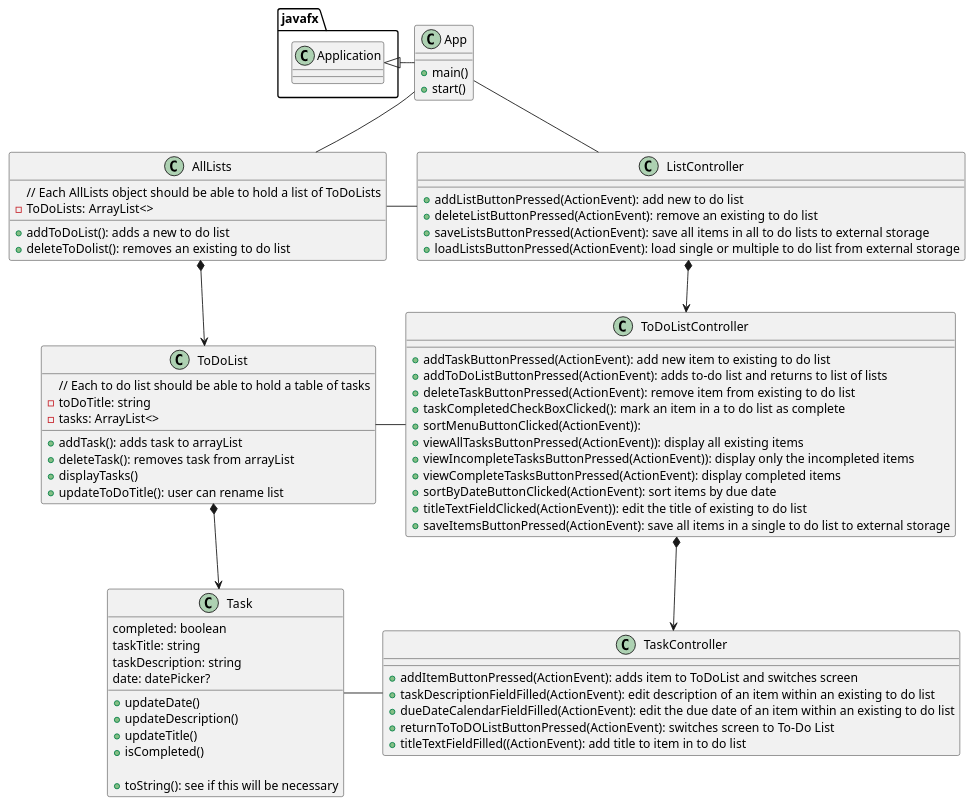
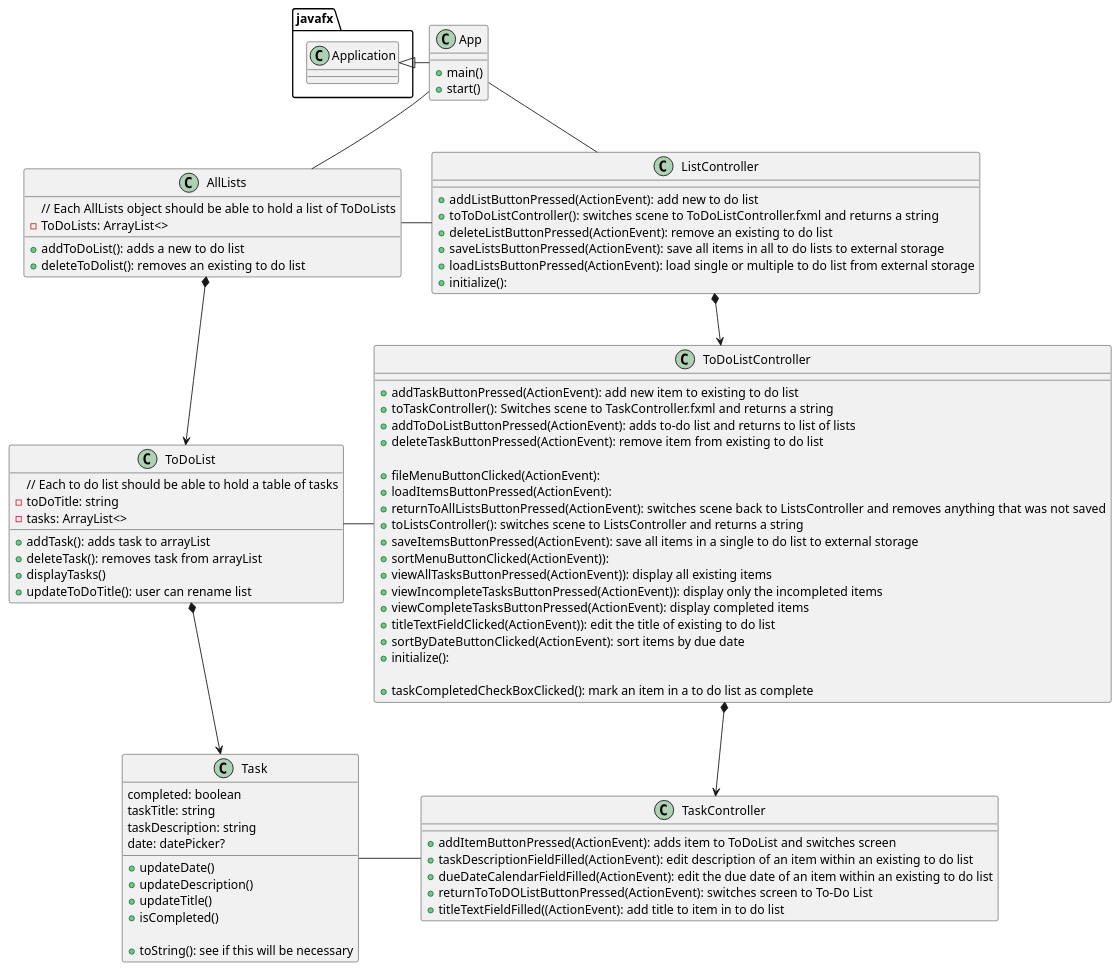
Before and after one commit to savosburn/To-Do-List-with-GUI: the diagram in uml/ToDoList.puml, drawn with PlantUML. The commit also changed 2 other files, not shown here.

Commit message:
ToDoList.puml updated

```diff
--- a/uml/ToDoList.puml
+++ b/uml/ToDoList.puml
@@ -1,86 +1,97 @@
 @startuml
 'https://plantuml.com/sequence-diagram
 
 class App {
     + main()
     + start()
 }
 
 class AllLists {
     // Each AllLists object should be able to hold a list of ToDoLists
     - ToDoLists: ArrayList<>
 
     + addToDoList(): adds a new to do list
     + deleteToDolist(): removes an existing to do list
 }
 
 class ToDoList {
     // Each to do list should be able to hold a table of tasks
     - toDoTitle: string
     - tasks: ArrayList<>
 
     + addTask(): adds task to arrayList
     + deleteTask(): removes task from arrayList
     + displayTasks()
     + updateToDoTitle(): user can rename list
 
 }
 
 class Task {
     completed: boolean
     taskTitle: string
     taskDescription: string
     date: datePicker?
 
     + updateDate()
     + updateDescription()
     + updateTitle()
     + isCompleted()
 
     + toString(): see if this will be necessary
 }
 
 class ListController {
     + addListButtonPressed(ActionEvent): add new to do list
+    + toToDoListController(): switches scene to ToDoListController.fxml and returns a string
     + deleteListButtonPressed(ActionEvent): remove an existing to do list
     + saveListsButtonPressed(ActionEvent): save all items in all to do lists to external storage
     + loadListsButtonPressed(ActionEvent): load single or multiple to do list from external storage
+    + initialize():
 }
 
 class ToDoListController {
     + addTaskButtonPressed(ActionEvent): add new item to existing to do list
+    + toTaskController(): Switches scene to TaskController.fxml and returns a string
     + addToDoListButtonPressed(ActionEvent): adds to-do list and returns to list of lists
     + deleteTaskButtonPressed(ActionEvent): remove item from existing to do list
+
+    + fileMenuButtonClicked(ActionEvent):
+    + loadItemsButtonPressed(ActionEvent):
+    + returnToAllListsButtonPressed(ActionEvent): switches scene back to ListsController and removes anything that was not saved
+    + toListsController(): switches scene to ListsController and returns a string
+    + saveItemsButtonPressed(ActionEvent): save all items in a single to do list to external storage
+    + sortMenuButtonClicked(ActionEvent)):
+           + viewAllTasksButtonPressed(ActionEvent)): display all existing items
+           + viewIncompleteTasksButtonPressed(ActionEvent)): display only the incompleted items
+           + viewCompleteTasksButtonPressed(ActionEvent): display completed items
+    + titleTextFieldClicked(ActionEvent)): edit the title of existing to do list
+    + sortByDateButtonClicked(ActionEvent): sort items by due date
+    + initialize():
+
     + taskCompletedCheckBoxClicked(): mark an item in a to do list as complete
-    + sortMenuButtonClicked(ActionEvent)):
-        + viewAllTasksButtonPressed(ActionEvent)): display all existing items
-        + viewIncompleteTasksButtonPressed(ActionEvent)): display only the incompleted items
-        + viewCompleteTasksButtonPressed(ActionEvent): display completed items
-    + sortByDateButtonClicked(ActionEvent): sort items by due date
-    + titleTextFieldClicked(ActionEvent)): edit the title of existing to do list
-    + saveItemsButtonPressed(ActionEvent): save all items in a single to do list to external storage
+
 }
 
 class TaskController {
     + addItemButtonPressed(ActionEvent): adds item to ToDoList and switches screen
     + taskDescriptionFieldFilled(ActionEvent): edit description of an item within an existing to do list
     + dueDateCalendarFieldFilled(ActionEvent): edit the due date of an item within an existing to do list
     + returnToToDOListButtonPressed(ActionEvent): switches screen to To-Do List
     + titleTextFieldFilled((ActionEvent): add title to item in to do list
 }
 
 
 
 
 javafx.Application <|- App
 App -- ListController
 App -- AllLists
 ListController *--> ToDoListController
 ToDoListController *--> TaskController
 AllLists *--> ToDoList
 ToDoList *--> Task
 AllLists - ListController
 ToDoList - ToDoListController
 Task - TaskController
 
 @enduml
```
